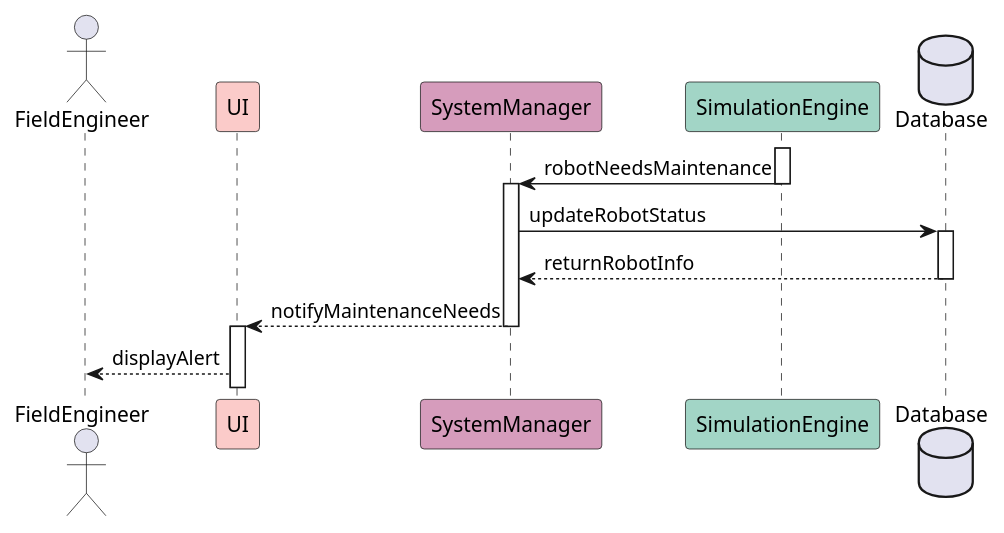
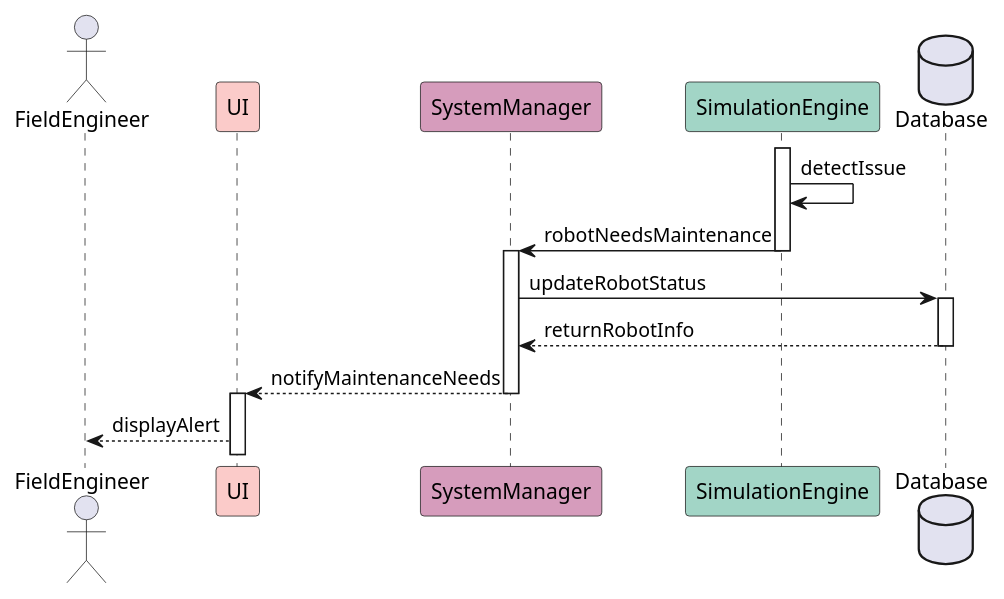
One commit to ur-swe-fa24/main-project-tidytech changed the diagram in docs/seq_diagrams/field_engineer.puml. Above: the diagram before and after it, drawn with PlantUML. The commit also changed 4 other files, not shown here.

Commit message:
write the descriptions for FE and SM's sequence diagrams

```diff
--- a/docs/seq_diagrams/field_engineer.puml
+++ b/docs/seq_diagrams/field_engineer.puml
@@ -1,25 +1,26 @@
 @startuml ABasicSeqDiagram
 
 actor FieldEngineer
 participant UI #FBCBC9
 participant SystemManager #d69cbc
 participant SimulationEngine #a2d5c6
 database Database as DB 
 
 
 activate SimulationEngine
+SimulationEngine -> SimulationEngine: detectIssue
 SimulationEngine -> SystemManager: robotNeedsMaintenance
 deactivate SimulationEngine
 activate SystemManager
 
 SystemManager -> DB: updateRobotStatus
 activate DB
 SystemManager <-- DB: returnRobotInfo
 deactivate DB
 SystemManager --> UI: notifyMaintenanceNeeds
 deactivate SystemManager
 activate UI
 UI --> FieldEngineer: displayAlert
 
 
 @enduml
```
